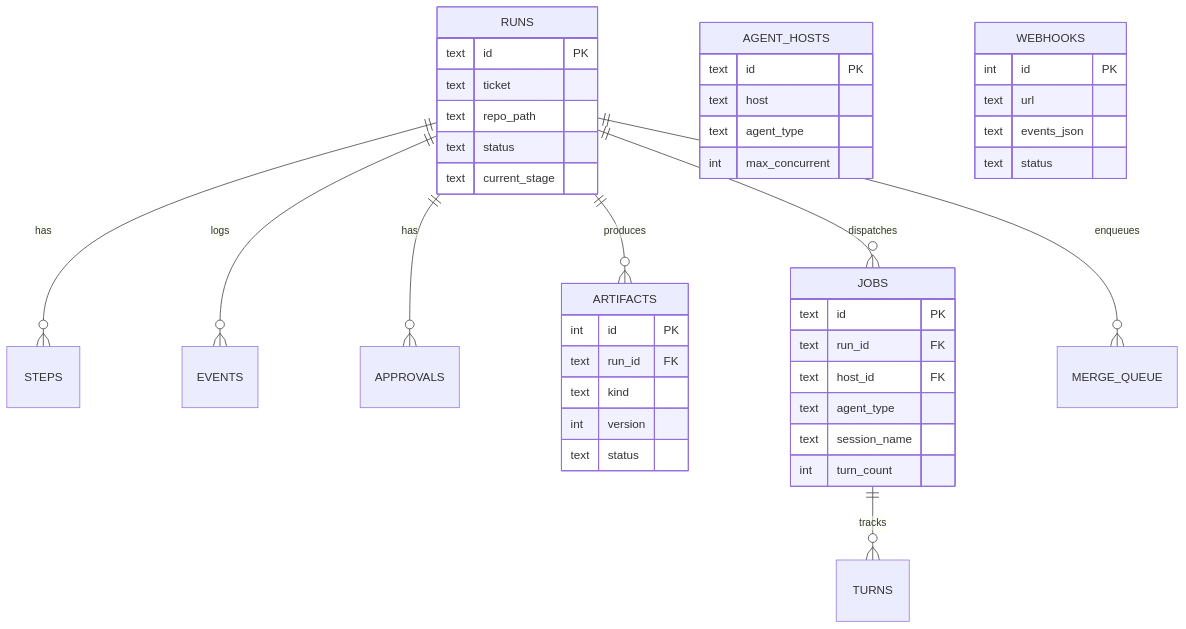
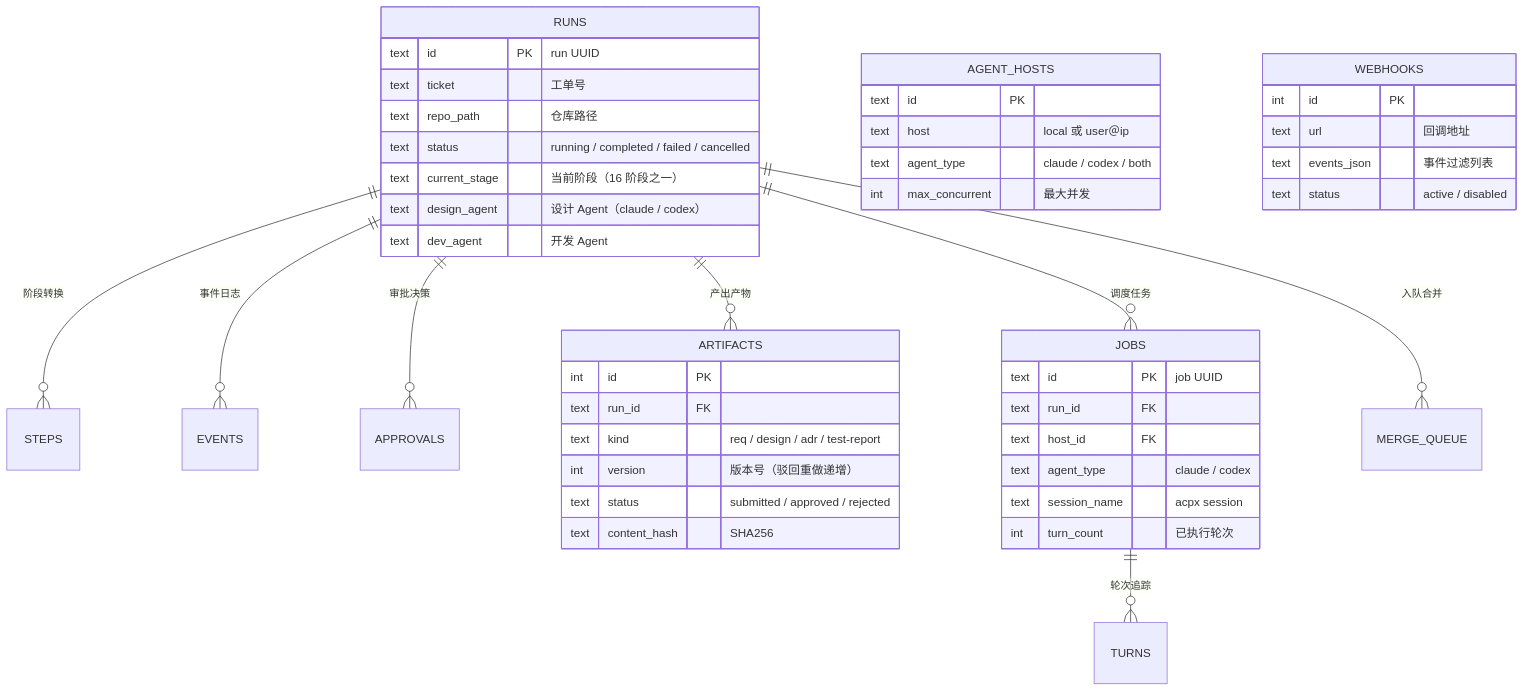
The fourth of 4 diagrams in README.md (vaxtomis/cooagents), drawn with Mermaid before and after one commit. The commit also changed other lines of this file, not shown here.

````diff
--- a/README.md
+++ b/README.md
@@ -392,45 +422,48 @@
 ```mermaid
 erDiagram
-    RUNS ||--o{ STEPS : has
-    RUNS ||--o{ EVENTS : logs
-    RUNS ||--o{ APPROVALS : has
-    RUNS ||--o{ ARTIFACTS : produces
-    RUNS ||--o{ JOBS : dispatches
-    RUNS ||--o{ MERGE_QUEUE : enqueues
-    JOBS ||--o{ TURNS : tracks
+    RUNS ||--o{ STEPS : "阶段转换"
+    RUNS ||--o{ EVENTS : "事件日志"
+    RUNS ||--o{ APPROVALS : "审批决策"
+    RUNS ||--o{ ARTIFACTS : "产出产物"
+    RUNS ||--o{ JOBS : "调度任务"
+    RUNS ||--o{ MERGE_QUEUE : "入队合并"
+    JOBS ||--o{ TURNS : "轮次追踪"
 
     RUNS {
-        text id PK
-        text ticket
-        text repo_path
-        text status
-        text current_stage
+        text id PK "run UUID"
+        text ticket "工单号"
+        text repo_path "仓库路径"
+        text status "running / completed / failed / cancelled"
+        text current_stage "当前阶段（16 阶段之一）"
+        text design_agent "设计 Agent（claude / codex）"
+        text dev_agent "开发 Agent"
     }
     JOBS {
-        text id PK
+        text id PK "job UUID"
         text run_id FK
         text host_id FK
-        text agent_type
-        text session_name
-        int turn_count
+        text agent_type "claude / codex"
+        text session_name "acpx session"
+        int turn_count "已执行轮次"
     }
     ARTIFACTS {
         int id PK
         text run_id FK
-        text kind
-        int version
-        text status
+        text kind "req / design / adr / test-report"
+        int version "版本号（驳回重做递增）"
+        text status "submitted / approved / rejected"
+        text content_hash "SHA256"
     }
     AGENT_HOSTS {
         text id PK
-        text host
-        text agent_type
-        int max_concurrent
+        text host "local 或 user＠ip"
+        text agent_type "claude / codex / both"
+        int max_concurrent "最大并发"
     }
     WEBHOOKS {
         int id PK
-        text url
-        text events_json
-        text status
+        text url "回调地址"
+        text events_json "事件过滤列表"
+        text status "active / disabled"
     }
 ```
````
